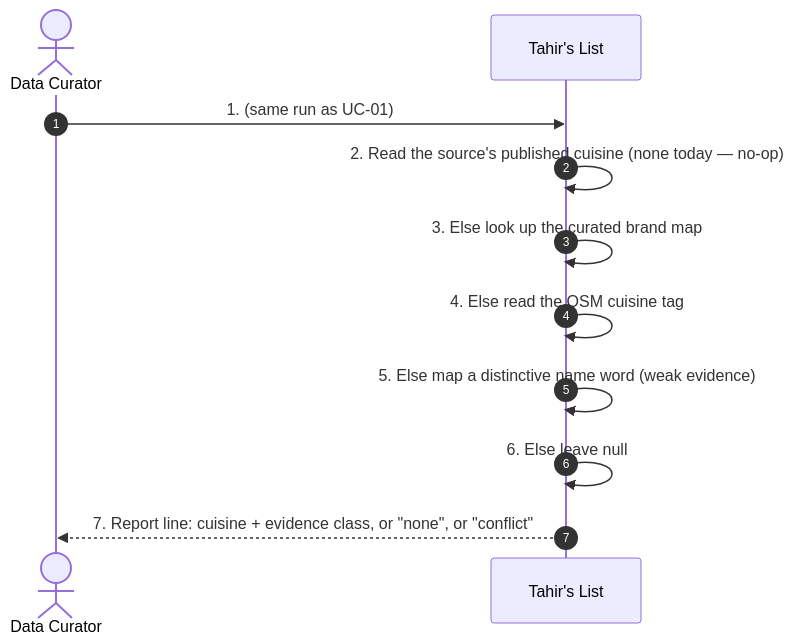
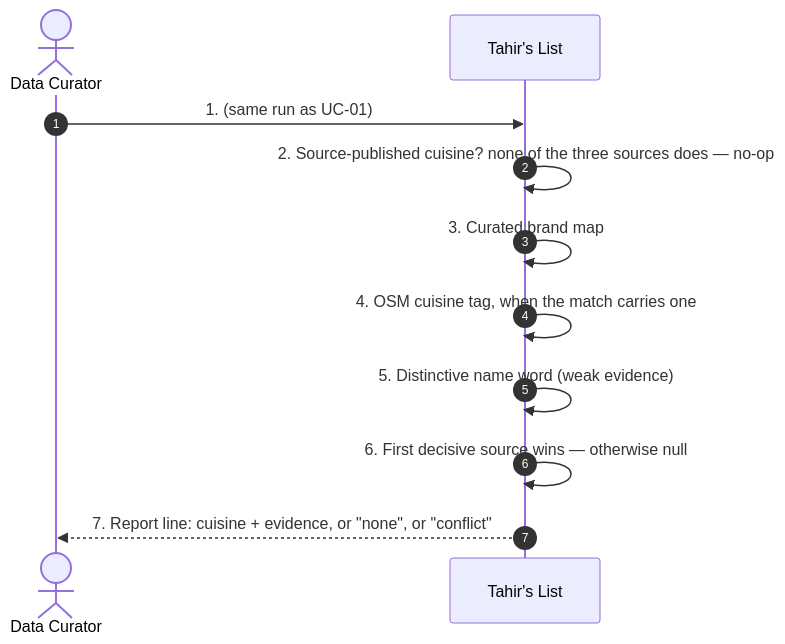
One commit to Losers-Lab/tahirs-list changed the first of 7 diagrams in docs/features/SC-231/04-blackbox/UC-02-assign-cuisine.md. Above: the diagram before and after it, drawn with Mermaid. The commit also changed other lines of this file and 2 other files, not shown here.

Commit message:
[SC-231] Flatten nested sequence fragments

````diff
--- a/docs/features/SC-231/04-blackbox/UC-02-assign-cuisine.md
+++ b/docs/features/SC-231/04-blackbox/UC-02-assign-cuisine.md
@@ -6,13 +6,13 @@
 ```mermaid
 sequenceDiagram
   autonumber
   actor DC as Data Curator
   participant TL as Tahir's List
   DC->>TL: 1. (same run as UC-01)
-  TL->>TL: 2. Read the source's published cuisine (none today — no-op)
-  TL->>TL: 3. Else look up the curated brand map
-  TL->>TL: 4. Else read the OSM cuisine tag
-  TL->>TL: 5. Else map a distinctive name word (weak evidence)
-  TL->>TL: 6. Else leave null
-  TL-->>DC: 7. Report line: cuisine + evidence class, or "none", or "conflict"
+  TL->>TL: 2. Source-published cuisine? none of the three sources does — no-op
+  TL->>TL: 3. Curated brand map
+  TL->>TL: 4. OSM cuisine tag, when the match carries one
+  TL->>TL: 5. Distinctive name word (weak evidence)
+  TL->>TL: 6. First decisive source wins — otherwise null
+  TL-->>DC: 7. Report line: cuisine + evidence, or "none", or "conflict"
 ```
````
